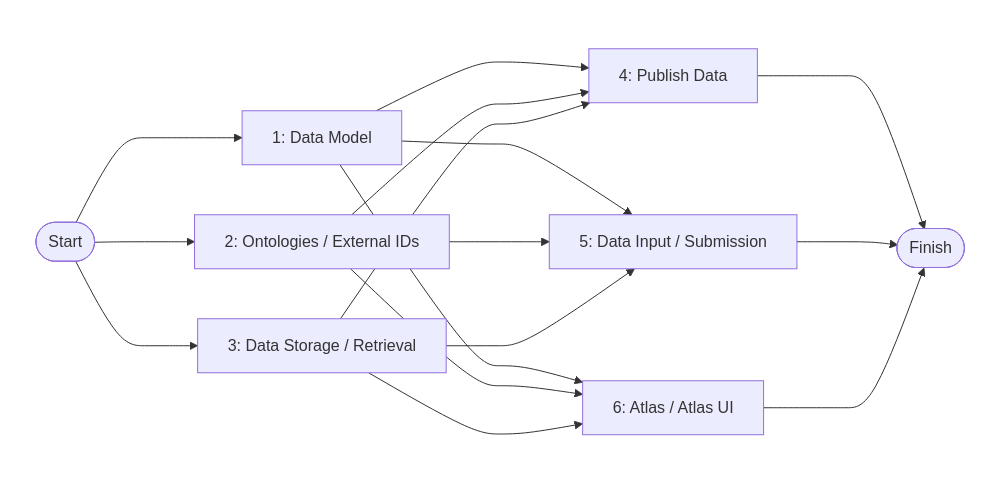
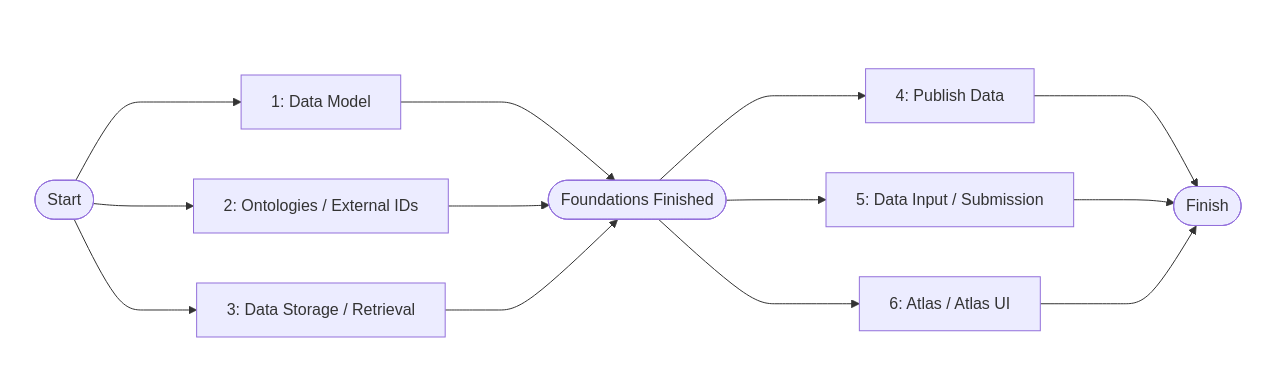
One commit to zappfish/zapp-requirements-tracker changed the ninth of 9 diagrams in README.md. Above: the diagram before and after it, drawn with Mermaid.

Commit message:
Add Foundations Finished milestone node to simplify network diagram flow

````diff
--- a/README.md
+++ b/README.md
@@ -388,49 +388,51 @@
 ```mermaid
 graph LR
     subgraph col0[" "]
         Start(["Start"])
     end
     subgraph col1[" "]
         R1["1: Data Model"]
         R2["2: Ontologies / External IDs"]
         R3["3: Data Storage / Retrieval"]
     end
     subgraph col2[" "]
+        FF(["Foundations Finished"])
+    end
+    subgraph col3[" "]
         R4["4: Publish Data"]
         R5["5: Data Input / Submission"]
         R6["6: Atlas / Atlas UI"]
     end
-    subgraph col3[" "]
+    subgraph col4[" "]
         Finish(["Finish"])
     end
 
     Start --> R1
     Start --> R2
     Start --> R3
 
-    R1 --> R4
-    R1 --> R5
-    R1 --> R6
-    R2 --> R4
-    R2 --> R5
-    R2 --> R6
-    R3 --> R4
-    R3 --> R5
-    R3 --> R6
+    R1 --> FF
+    R2 --> FF
+    R3 --> FF
+
+    FF --> R4
+    FF --> R5
+    FF --> R6
 
     R4 --> Finish
     R5 --> Finish
     R6 --> Finish
 
     style col0 fill:none,stroke:none
     style col1 fill:none,stroke:none
     style col2 fill:none,stroke:none
     style col3 fill:none,stroke:none
+    style col4 fill:none,stroke:none
 
     click R1 href "https://github.com/zappfish/zapp-requirements-tracker/issues/16" _blank
     click R2 href "https://github.com/zappfish/zapp-requirements-tracker/issues/15" _blank
     click R3 href "https://github.com/zappfish/zapp-requirements-tracker/issues/32" _blank
     click R4 href "https://github.com/zappfish/zapp-requirements-tracker/issues/44" _blank
     click R5 href "https://github.com/zappfish/zapp-requirements-tracker/issues/49" _blank
     click R6 href "https://github.com/zappfish/zapp-requirements-tracker/issues/72" _blank
 ```
````
